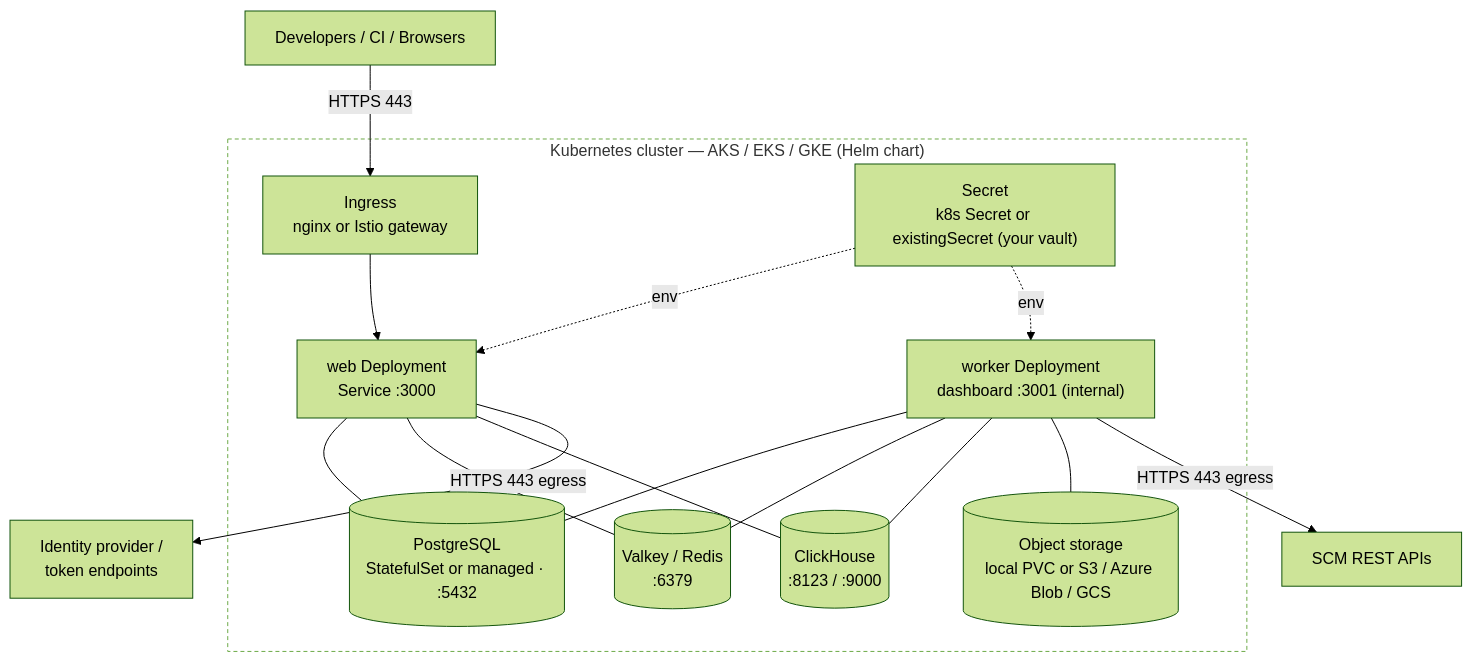
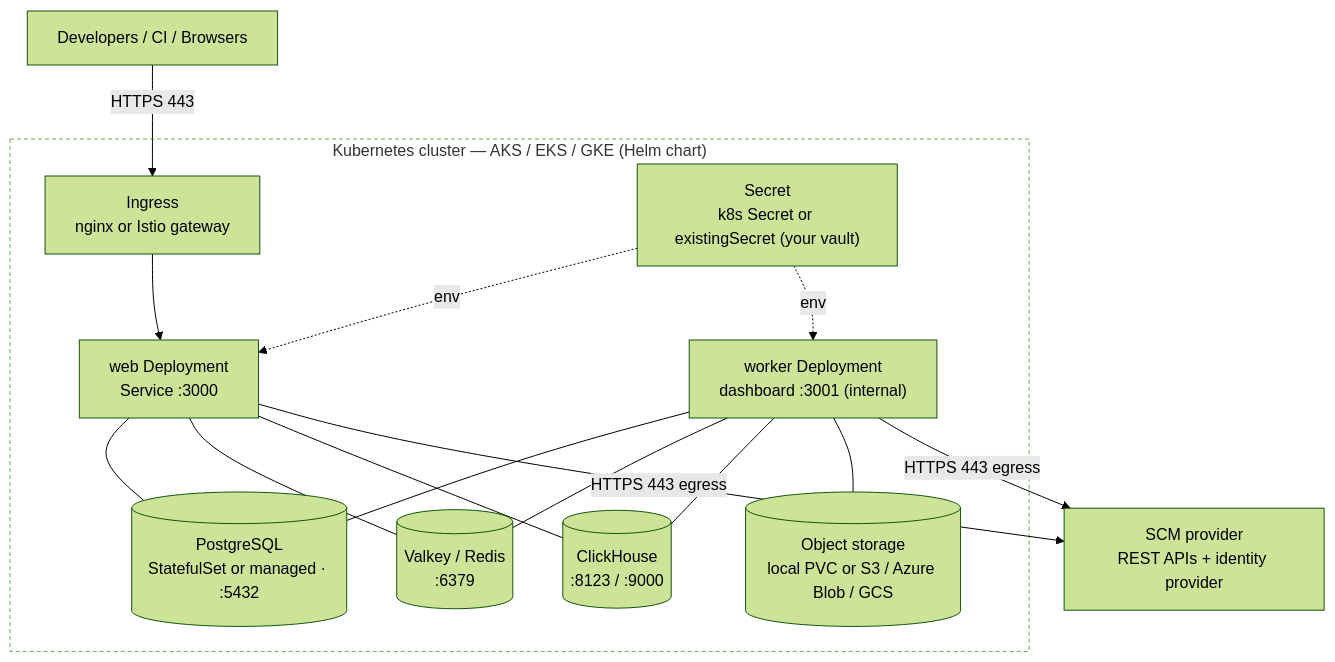
Before and after one commit to git-ai-project/self-hosted: the second of 4 diagrams in docs/architecture-and-security.md, drawn with Mermaid (forest theme).

````diff
--- a/docs/architecture-and-security.md
+++ b/docs/architecture-and-security.md
@@ -56,25 +56,25 @@
 ```mermaid
 flowchart TB
   USERS["Developers / CI / Browsers"] -->|"HTTPS 443"| ING["Ingress<br/>nginx or Istio gateway"]
 
   subgraph K8S["Kubernetes cluster — AKS / EKS / GKE (Helm chart)"]
     ING --> WEBSVC["web Deployment<br/>Service :3000"]
     WORKSVC["worker Deployment<br/>dashboard :3001 (internal)"]
     WEBSVC --- PG[("PostgreSQL<br/>StatefulSet or managed · :5432")]
     WEBSVC --- VK[("Valkey / Redis<br/>:6379")]
     WEBSVC --- CH[("ClickHouse<br/>:8123 / :9000")]
     WORKSVC --- PG
     WORKSVC --- VK
     WORKSVC --- CH
     WORKSVC --- STORE[("Object storage<br/>local PVC or S3 / Azure Blob / GCS")]
     SEC["Secret<br/>k8s Secret or existingSecret (your vault)"]
     SEC -. "env" .-> WEBSVC
     SEC -. "env" .-> WORKSVC
   end
 
-  WORKSVC -->|"HTTPS 443 egress"| SCM["SCM REST APIs"]
-  WEBSVC -->|"HTTPS 443 egress"| IDP["Identity provider /<br/>token endpoints"]
+  WORKSVC -->|"HTTPS 443 egress"| SCM["SCM provider<br/>REST APIs + identity provider"]
+  WEBSVC -->|"HTTPS 443 egress"| SCM
 
   classDef boundary fill:none,stroke-dasharray:4 3;
   class K8S boundary;
 ```
````
